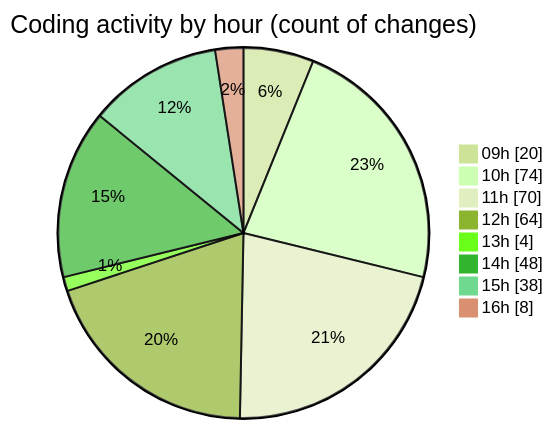
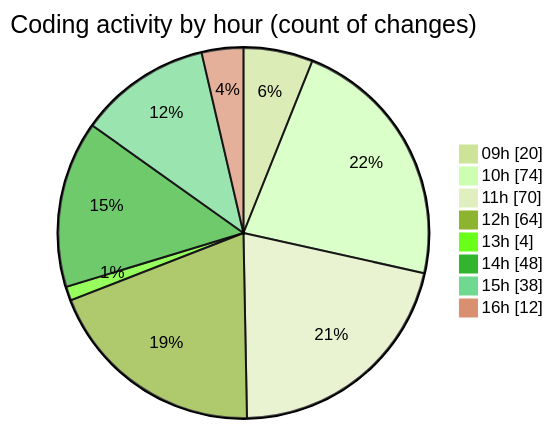
One commit to CELIANVF/code-tracking changed the second of 2 diagrams in 2025-06-06/ecodeli-1/README.md. Above: the diagram before and after it, drawn with Mermaid (forest theme). The commit also changed other lines of this file and 1 other file, not shown here.

````diff
--- a/2025-06-06/ecodeli-1/README.md
+++ b/2025-06-06/ecodeli-1/README.md
@@ -113,12 +113,12 @@
 ```mermaid
 pie showData
 title Coding activity by hour (count of changes)
 "09h" : 20
 "10h" : 74
 "11h" : 70
 "12h" : 64
 "13h" : 4
 "14h" : 48
 "15h" : 38
-"16h" : 8
+"16h" : 12
 ```
````
